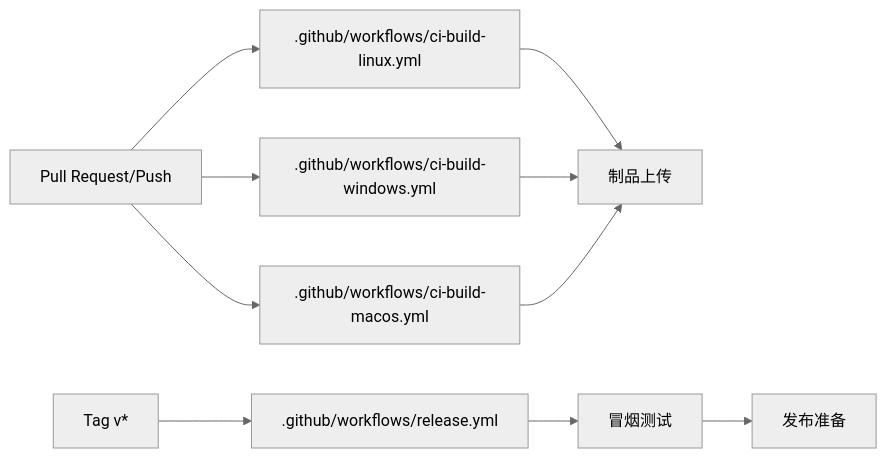
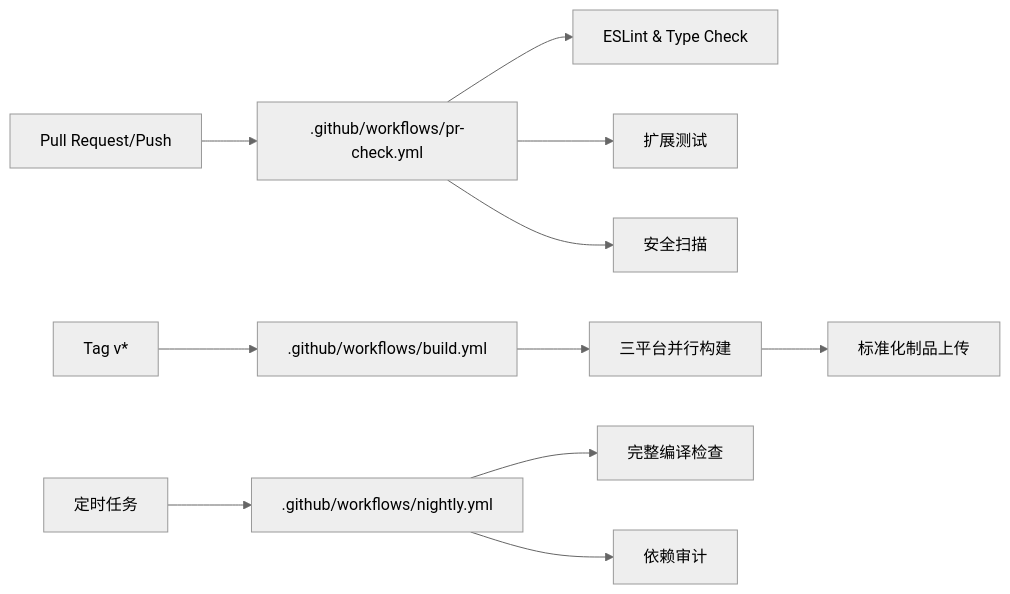
The ninth of 10 diagrams in .qoder/repowiki/zh/content/构建与部署/构建与部署.md (sofate798/KodrixCode), drawn with Mermaid (neutral theme) before and after one commit. The commit also changed other lines of this file and 6 other files, not shown here.

````diff
--- a/.qoder/repowiki/zh/content/构建与部署/构建与部署.md
+++ b/.qoder/repowiki/zh/content/构建与部署/构建与部署.md
@@ -296,12 +330,13 @@
 ```mermaid
 graph LR
-PR["Pull Request/Push"] --> CI_Linux[".github/workflows/ci-build-linux.yml"]
-PR --> CI_Win[".github/workflows/ci-build-windows.yml"]
-PR --> CI_Mac[".github/workflows/ci-build-macos.yml"]
-Tag["Tag v*"] --> Release[".github/workflows/release.yml"]
-CI_Linux --> Artifacts["制品上传"]
-CI_Win --> Artifacts
-CI_Mac --> Artifacts
-Release --> Smoke["冒烟测试"]
-Smoke --> Publish["发布准备"]
+PR["Pull Request/Push"] --> PRCheck[".github/workflows/pr-check.yml"]
+Tag["Tag v*"] --> Build[".github/workflows/build.yml"]
+Schedule["定时任务"] --> Nightly[".github/workflows/nightly.yml"]
+PRCheck --> Lint["ESLint & Type Check"]
+PRCheck --> Test["扩展测试"]
+PRCheck --> Security["安全扫描"]
+Build --> MultiPlatform["三平台并行构建"]
+MultiPlatform --> Artifacts["标准化制品上传"]
+Nightly --> FullCompile["完整编译检查"]
+Nightly --> DepAudit["依赖审计"]
 ```
````
